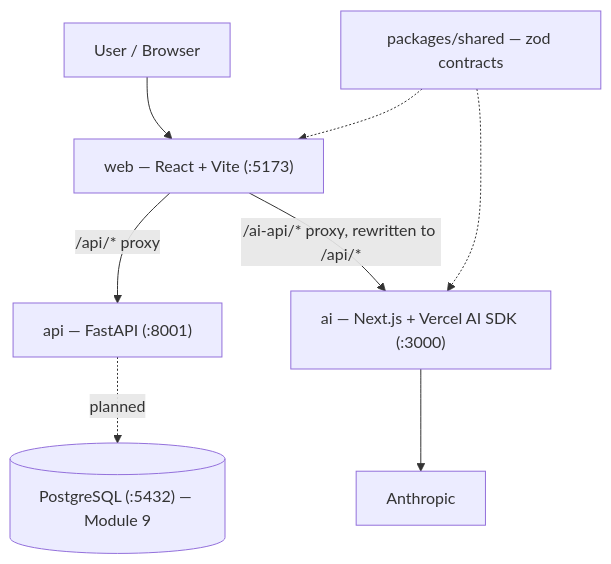
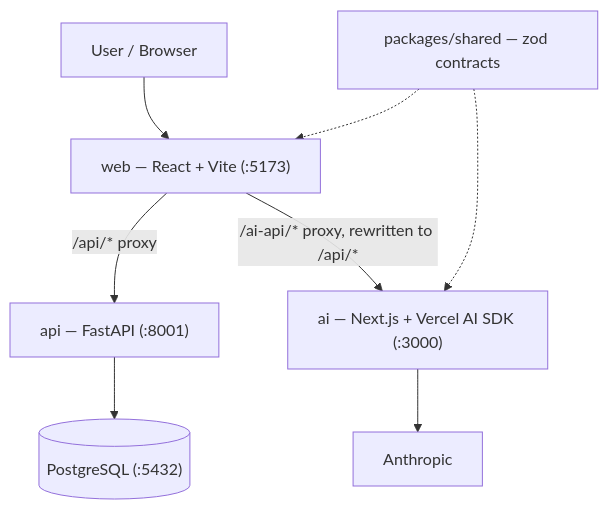
One commit to kpark93/note2action changed the first of 2 diagrams in docs/architecture/overview.md. Above: the diagram before and after it, drawn with Mermaid. The commit also changed other lines of this file and 25 other files, not shown here.

````diff
--- a/docs/architecture/overview.md
+++ b/docs/architecture/overview.md
@@ -6,20 +8,20 @@
 ```mermaid
 flowchart TD
     Browser[User / Browser]
 
     Web["web — React + Vite (:5173)"]
     API["api — FastAPI (:8001)"]
     AI["ai — Next.js + Vercel AI SDK (:3000)"]
-    DB[("PostgreSQL (:5432) — Module 9")]
+    DB[("PostgreSQL (:5432)")]
     LLM[Anthropic]
     Shared["packages/shared — zod contracts"]
 
     Browser --> Web
     Web -->|"/api/* proxy"| API
     Web -->|"/ai-api/* proxy, rewritten to /api/*"| AI
-    API -.->|planned| DB
+    API --> DB
     AI --> LLM
 
     Shared -.-> Web
     Shared -.-> AI
 ```
````
